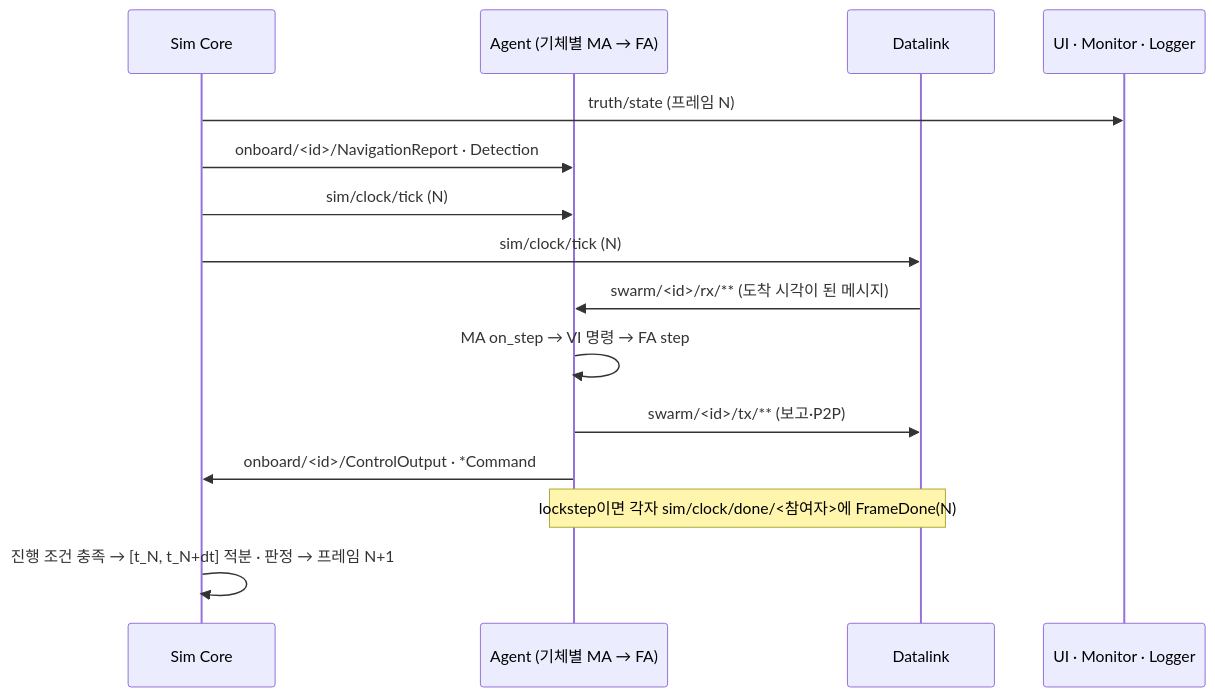
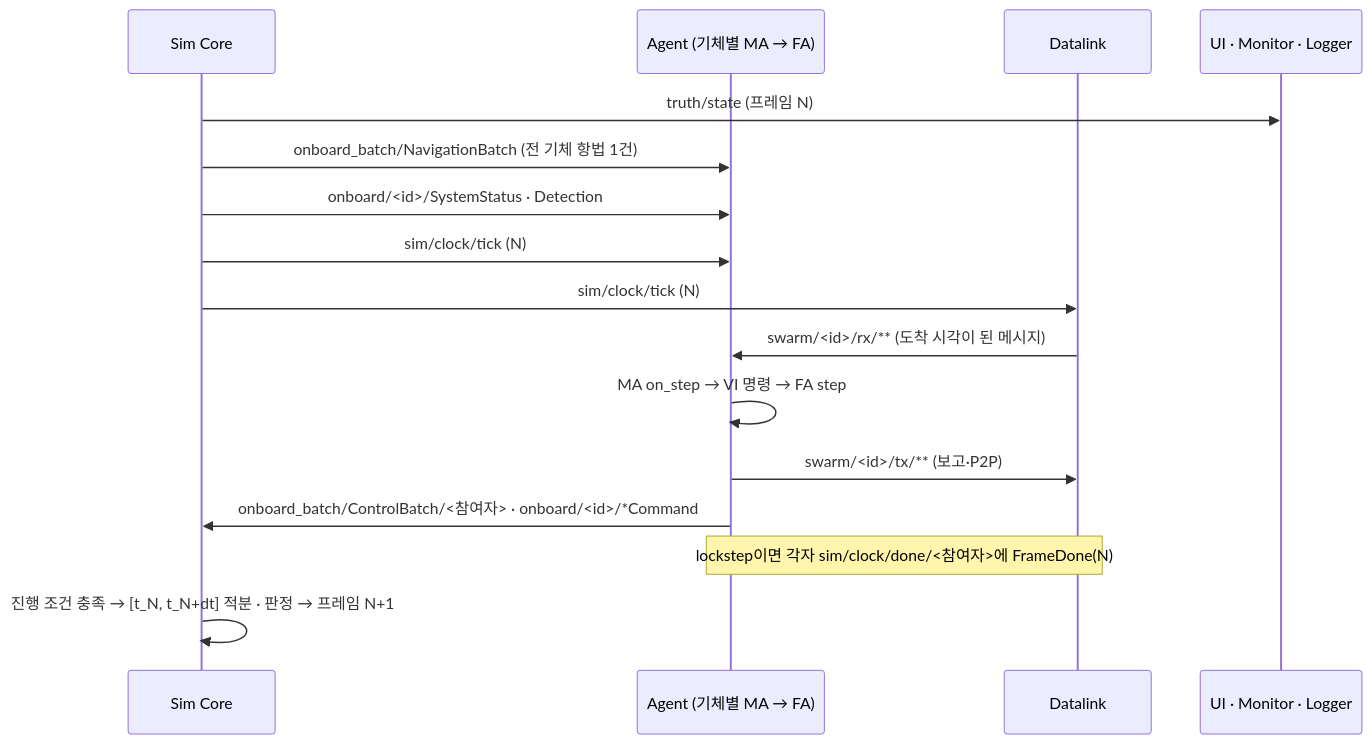
Before and after one commit to Kimbyung-wook/SwarmFlSim: the second of 2 diagrams in docs/40_overview.md, drawn with Mermaid. The commit also changed other lines of this file and 15 other files, not shown here.

````diff
--- a/docs/40_overview.md
+++ b/docs/40_overview.md
@@ -79,17 +79,18 @@
 ```mermaid
 sequenceDiagram
     participant CO as Sim Core
     participant AG as Agent (기체별 MA → FA)
     participant DL as Datalink
     participant OB as UI · Monitor · Logger
     CO->>OB: truth/state (프레임 N)
-    CO->>AG: onboard/<id>/NavigationReport · Detection
+    CO->>AG: onboard_batch/NavigationBatch (전 기체 항법 1건)
+    CO->>AG: onboard/<id>/SystemStatus · Detection
     CO->>AG: sim/clock/tick (N)
     CO->>DL: sim/clock/tick (N)
     DL->>AG: swarm/<id>/rx/** (도착 시각이 된 메시지)
     AG->>AG: MA on_step → VI 명령 → FA step
     AG->>DL: swarm/<id>/tx/** (보고·P2P)
-    AG->>CO: onboard/<id>/ControlOutput · *Command
+    AG->>CO: onboard_batch/ControlBatch/<참여자> · onboard/<id>/*Command
     Note over AG,DL: lockstep이면 각자 sim/clock/done/<참여자>에 FrameDone(N)
     CO->>CO: 진행 조건 충족 → [t_N, t_N+dt] 적분 · 판정 → 프레임 N+1
 ```
````
